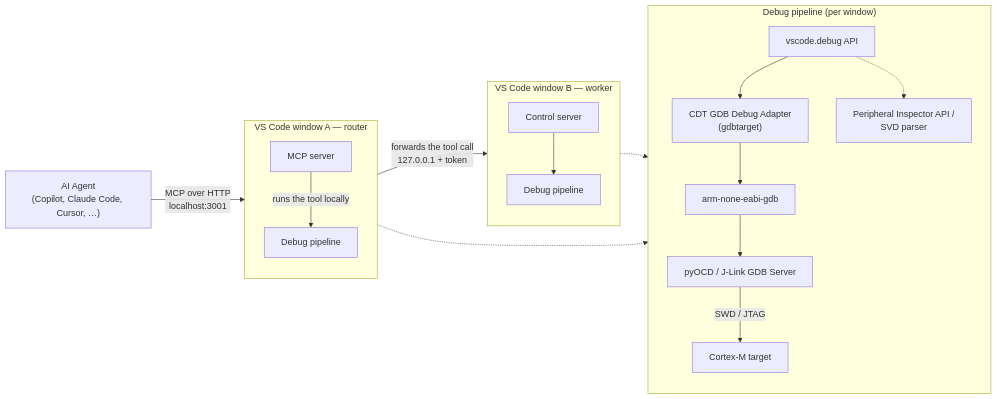
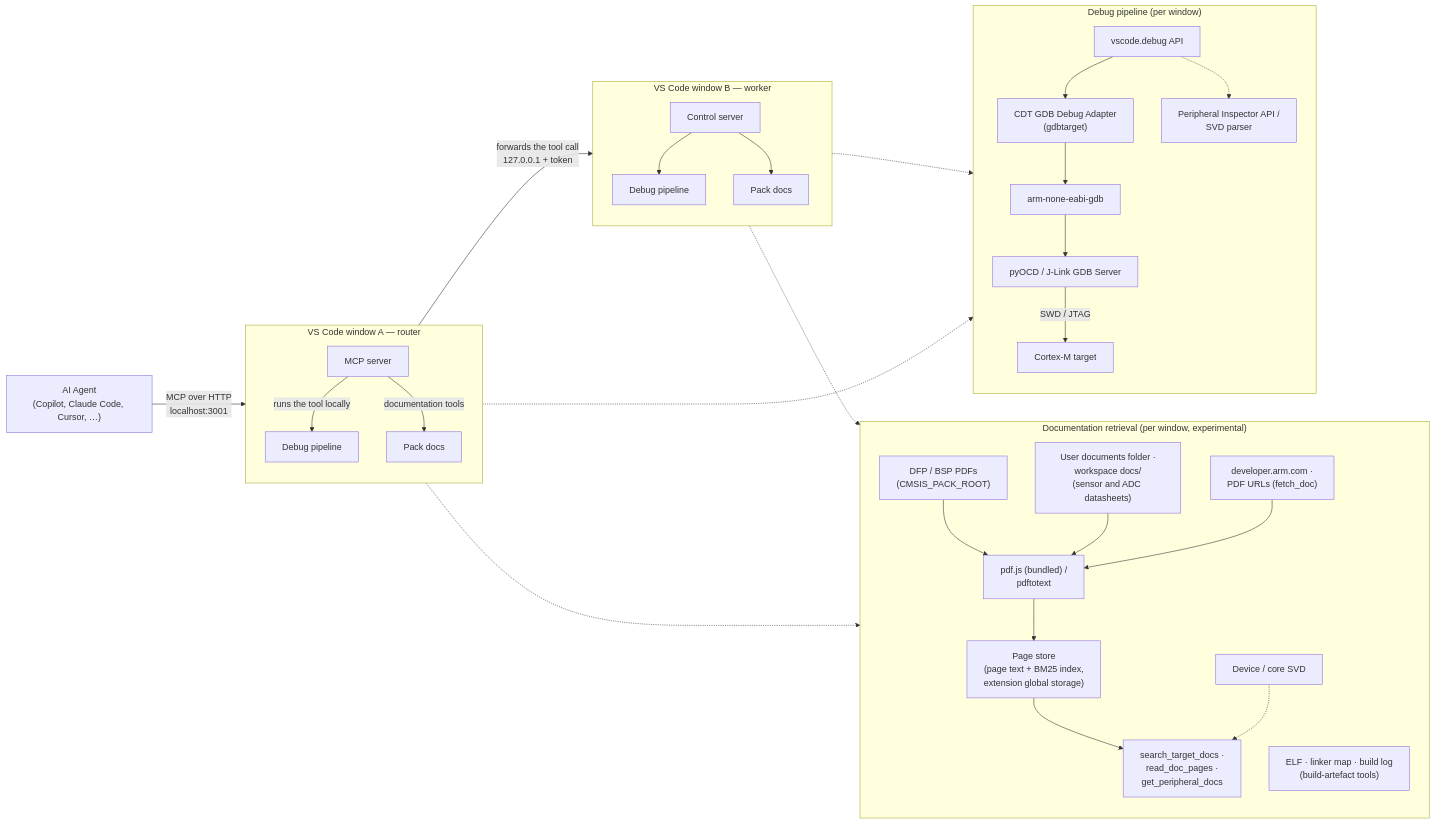
Before and after one commit to Open-CMSIS-Pack/CMSIS-Developer-Assistant: the diagram in assets/architecture.mmd, drawn with Mermaid. The commit also changed 5 other files, not shown here.

First line of the commit message:
Show the documentation path in the architecture diagram and make it legible on dark themes

```diff
--- a/assets/architecture.mmd
+++ b/assets/architecture.mmd
@@ -1,32 +1,49 @@
 %% Architecture of the CMSIS Developer Assistant.
-%% Export to assets/architecture.png (used by the README) after editing, e.g. with
-%%   npx -y @mermaid-js/mermaid-cli -i assets/architecture.mmd -o assets/architecture.png -b transparent -s 2
+%% Export to assets/architecture.png (used by the README) after editing:
+%%   npm run diagram
+%% (mermaid-cli with the local Chrome; opaque background so the extension page renders it in dark themes too).
 flowchart LR
     agent["AI Agent<br/>(Copilot, Claude Code, Cursor, …)"]
     agent -- "MCP over HTTP<br/>localhost:3001" --> srvA
 
     subgraph router["VS Code window A — router"]
         direction TB
         srvA["MCP server"]
         srvA -- "runs the tool locally" --> dbgA["Debug pipeline"]
+        srvA -- "documentation tools" --> docsA["Pack docs"]
     end
 
     srvA -- "forwards the tool call<br/>127.0.0.1 + token" --> srvB
 
     subgraph worker["VS Code window B — worker"]
         direction TB
         srvB["Control server"]
         srvB --> dbgB["Debug pipeline"]
+        srvB --> docsB["Pack docs"]
     end
 
     subgraph pipeline["Debug pipeline (per window)"]
         direction TB
         api["vscode.debug API"] --> cdt["CDT GDB Debug Adapter<br/>(gdbtarget)"]
         cdt --> gdb["arm-none-eabi-gdb"]
         gdb --> server["pyOCD / J-Link GDB Server"]
         server -- "SWD / JTAG" --> target["Cortex-M target"]
         api -.-> svd["Peripheral Inspector API /<br/>SVD parser"]
     end
 
+    subgraph docs["Documentation retrieval (per window, experimental)"]
+        direction TB
+        store["Page store<br/>(page text + BM25 index,<br/>extension global storage)"]
+        extract["pdf.js (bundled) /<br/>pdftotext"] --> store
+        packs["DFP / BSP PDFs<br/>(CMSIS_PACK_ROOT)"] --> extract
+        user["User documents folder ·<br/>workspace docs/<br/>(sensor and ADC datasheets)"] --> extract
+        web["developer.arm.com ·<br/>PDF URLs (fetch_doc)"] --> extract
+        store --> search["search_target_docs ·<br/>read_doc_pages ·<br/>get_peripheral_docs"]
+        svdDocs["Device / core SVD"] -.-> search
+        build["ELF · linker map · build log<br/>(build-artefact tools)"]
+    end
+
     dbgA -.-> pipeline
     dbgB -.-> pipeline
+    docsA -.-> docs
+    docsB -.-> docs
```
